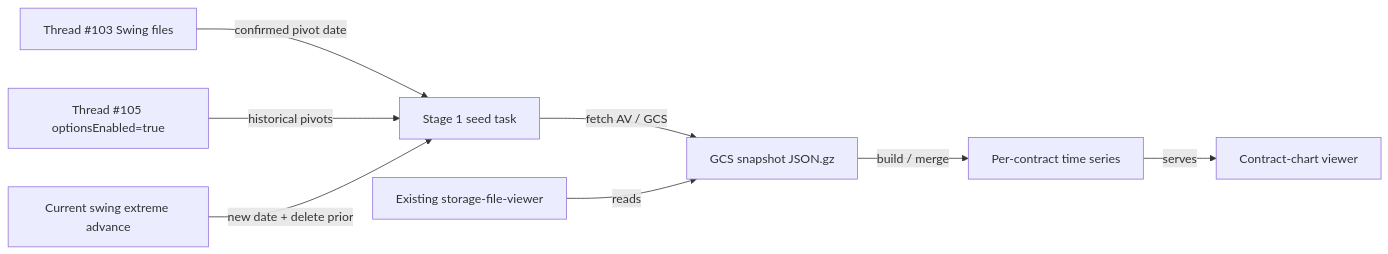
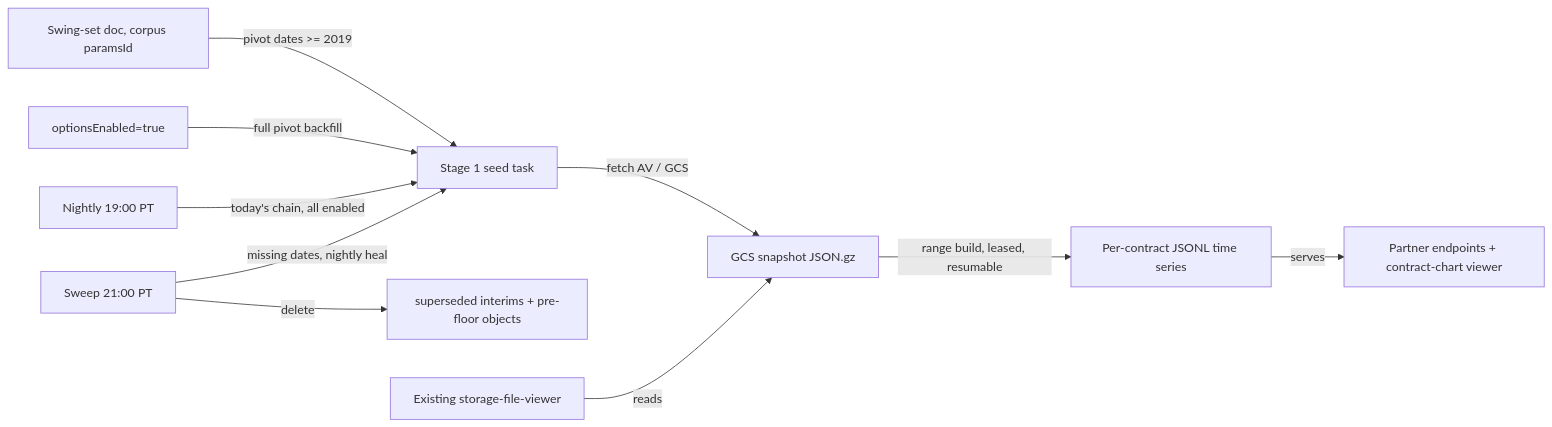
Before and after one commit to rinebob/av-proxy-api: the diagram in docs/topics/102-options-data/102-106-110-PRD-options-data-swing-driven-options-corpus-options-corpus-ingest.md, drawn with Mermaid. The commit also changed other lines of this file and 8 other files, not shown here.

````diff
--- a/docs/topics/102-options-data/102-106-110-PRD-options-data-swing-driven-options-corpus-options-corpus-ingest.md
+++ b/docs/topics/102-options-data/102-106-110-PRD-options-data-swing-driven-options-corpus-options-corpus-ingest.md
@@ -120,10 +128,12 @@
 ```mermaid
 flowchart LR
-    A[Thread #103 Swing files] -->|confirmed pivot date| B[Stage 1 seed task]
-    C[Thread #105 optionsEnabled=true] -->|historical pivots| B
-    D[Current swing extreme advance] -->|new date + delete prior| B
+    A[Swing-set doc, corpus paramsId] -->|pivot dates >= 2019| B[Stage 1 seed task]
+    C[optionsEnabled=true] -->|full pivot backfill| B
+    D[Nightly 19:00 PT] -->|today's chain, all enabled| B
+    S[Sweep 21:00 PT] -->|missing dates, nightly heal| B
     B -->|fetch AV / GCS| E[GCS snapshot JSON.gz]
-    E -->|build / merge| F[Per-contract time series]
-    F -->|serves| G[Contract-chart viewer]
+    E -->|range build, leased, resumable| F[Per-contract JSONL time series]
+    F -->|serves| G[Partner endpoints + contract-chart viewer]
+    S -->|delete| X[superseded interims + pre-floor objects]
     H[Existing storage-file-viewer] -->|reads| E
 ```
````
